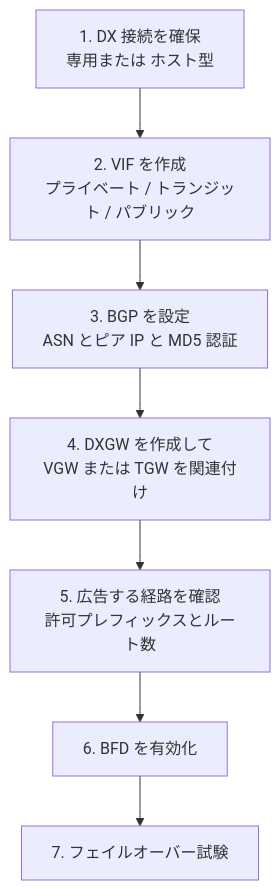
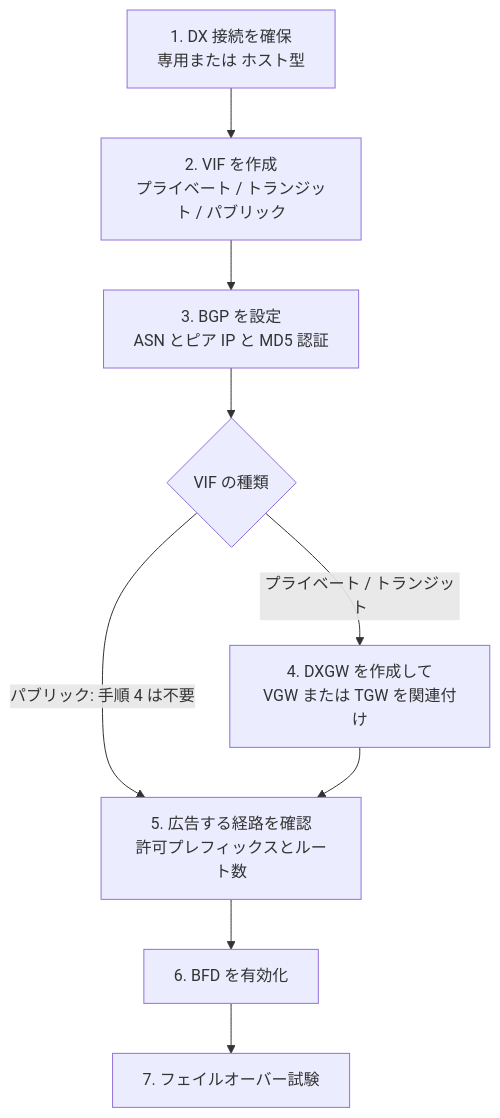
One commit to myoshi2891/Cloud-Infrastructure-and-Network-Studies changed the fifth of 26 diagrams in Ans-c01-domain3-network-management-operation-guide.md. Above: the diagram before and after it, drawn with Mermaid. The commit also changed other lines of this file and 3 other files, not shown here.

````diff
--- a/Ans-c01-domain3-network-management-operation-guide.md
+++ b/Ans-c01-domain3-network-management-operation-guide.md
@@ -251,9 +251,11 @@
 ```mermaid
 flowchart TD
     A["1. DX 接続を確保<br/>専用または ホスト型"] --> B["2. VIF を作成<br/>プライベート / トランジット / パブリック"]
     B --> C["3. BGP を設定<br/>ASN とピア IP と MD5 認証"]
-    C --> D["4. DXGW を作成して<br/>VGW または TGW を関連付け"]
+    C --> Q{"VIF の種類"}
+    Q -- "プライベート / トランジット" --> D["4. DXGW を作成して<br/>VGW または TGW を関連付け"]
+    Q -- "パブリック: 手順 4 は不要" --> E
     D --> E["5. 広告する経路を確認<br/>許可プレフィックスとルート数"]
     E --> F["6. BFD を有効化"]
     F --> G["7. フェイルオーバー試験"]
 ```
````
